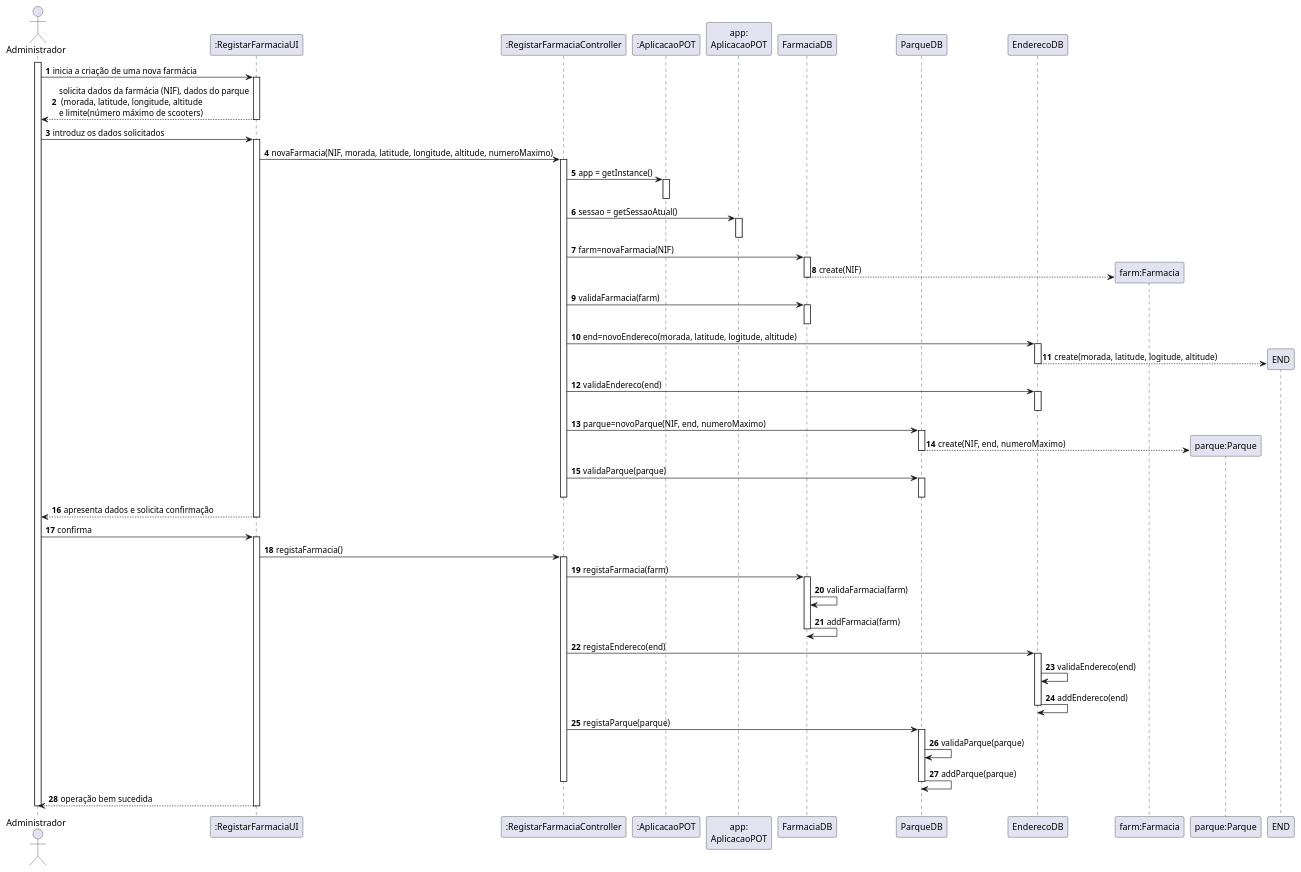
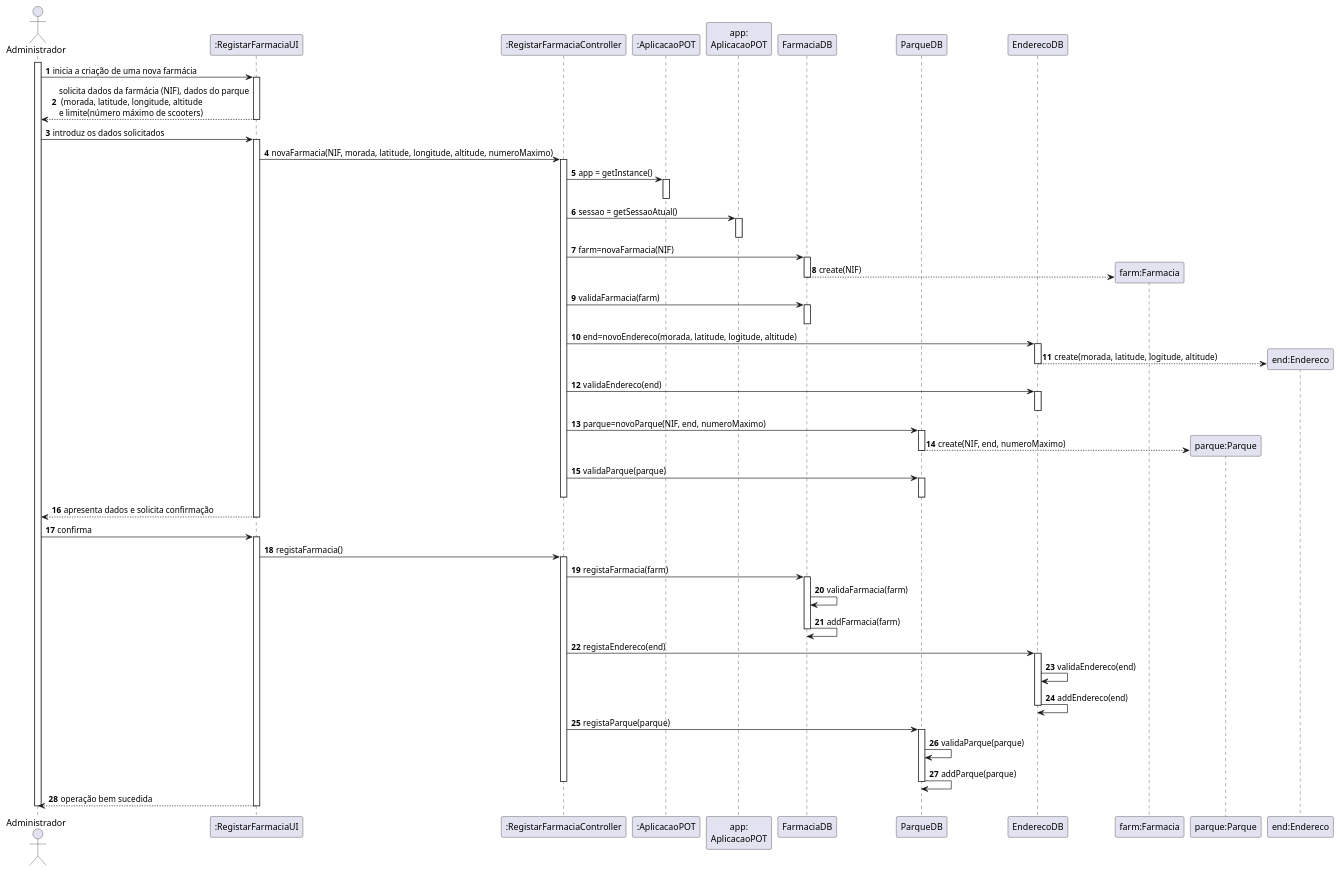
The diagram in docs/UC8/SD-REGISTAR FARMACIA.puml (pedrolemos4/LAPR3), drawn with PlantUML before and after one commit. The commit also changed 1 other file, not shown here.

```diff
--- a/docs/UC8/SD-REGISTAR FARMACIA.puml
+++ b/docs/UC8/SD-REGISTAR FARMACIA.puml
@@ -1,97 +1,98 @@
 @startuml
 autonumber
 actor "Administrador" as ADM
 
 participant ":RegistarFarmaciaUI" as UI
 participant ":RegistarFarmaciaController" as CTRL
 participant ":AplicacaoPOT" as _APP
 participant "app:\nAplicacaoPOT" as APP
 participant "FarmaciaDB" as DB
 participant "ParqueDB" as PDB
 participant "EnderecoDB" as EDB
 participant "farm:Farmacia" as FARMACIA
 participant "parque:Parque" as PQ
+participant "end:Endereco" as END
 
 activate ADM
 ADM -> UI : inicia a criação de uma nova farmácia
 activate UI
 UI --> ADM : solicita dados da farmácia (NIF), dados do parque\n (morada, latitude, longitude, altitude \ne limite(número máximo de scooters)
 deactivate UI
 
 ADM -> UI : introduz os dados solicitados
 activate UI
 UI -> CTRL : novaFarmacia(NIF, morada, latitude, longitude, altitude, numeroMaximo)
 activate CTRL
 
 CTRL -> _APP : app = getInstance()
 activate _APP
 deactivate _APP
 CTRL -> APP : sessao = getSessaoAtual()
 activate APP
 deactivate APP
 
 CTRL -> DB: farm=novaFarmacia(NIF)
 activate DB
 DB --> FARMACIA ** : create(NIF)
 deactivate DB
 
 CTRL -> DB: validaFarmacia(farm)
 activate DB
 deactivate DB
 
 CTRL -> EDB: end=novoEndereco(morada, latitude, logitude, altitude)
 activate EDB
 EDB --> END ** : create(morada, latitude, logitude, altitude)
 deactivate EDB
 
 CTRL -> EDB: validaEndereco(end)
 activate EDB
 deactivate EDB
 
 CTRL -> PDB: parque=novoParque(NIF, end, numeroMaximo)
 activate PDB
 PDB --> PQ ** : create(NIF, end, numeroMaximo)
 deactivate PDB
 
 CTRL -> PDB: validaParque(parque)
 activate PDB
 deactivate PDB
 
 deactivate CTRL
 UI --> ADM : apresenta dados e solicita confirmação
 deactivate UI
 
 ADM -> UI : confirma
 activate UI
 
 UI -> CTRL: registaFarmacia()
 activate CTRL
 CTRL ->DB: registaFarmacia(farm)
 activate DB
 DB -> DB: validaFarmacia(farm)
 DB -> DB: addFarmacia(farm)
 
 deactivate DB
 
 CTRL ->EDB: registaEndereco(end)
 activate EDB
 EDB -> EDB: validaEndereco(end)
 EDB -> EDB: addEndereco(end)
 
 deactivate EDB
 
 CTRL ->PDB: registaParque(parque)
 activate PDB
 PDB -> PDB: validaParque(parque)
 PDB -> PDB: addParque(parque)
 
 deactivate PDB
 
 deactivate CTRL
 
 UI --> ADM : operação bem sucedida
 deactivate UI
 
 deactivate ADM
 
 @enduml
```
